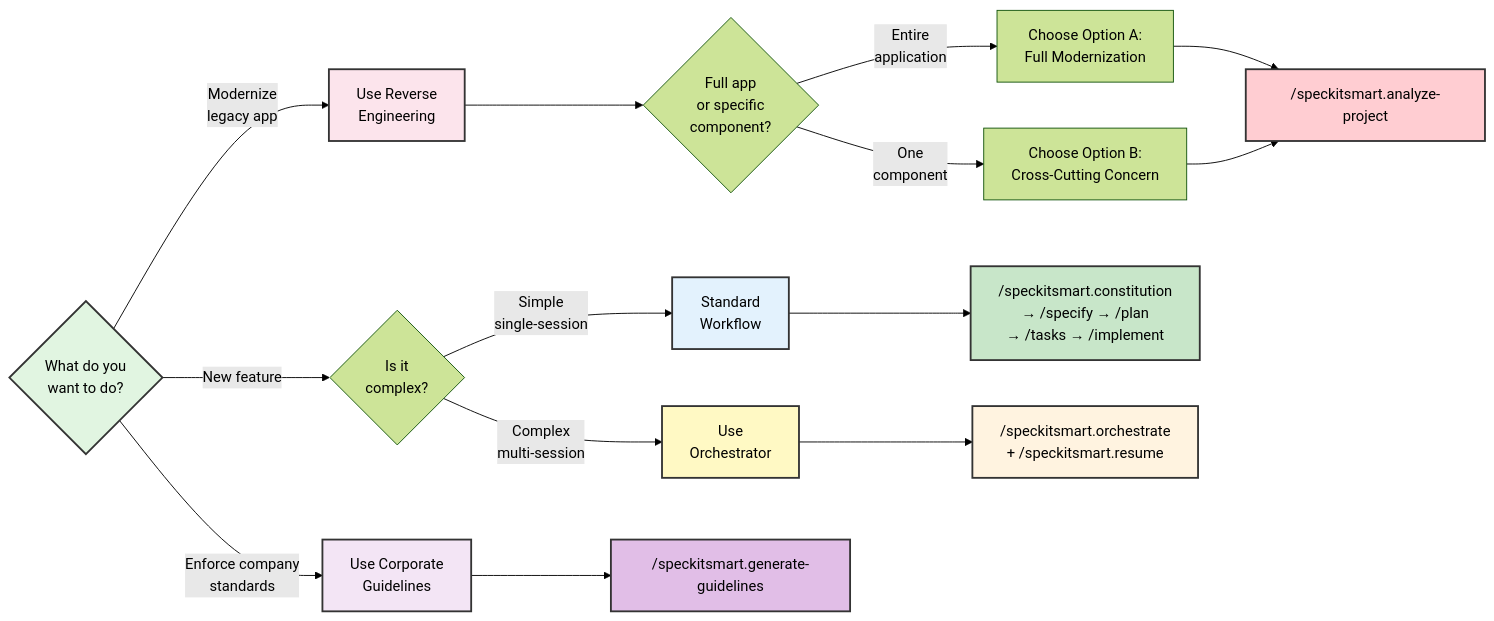
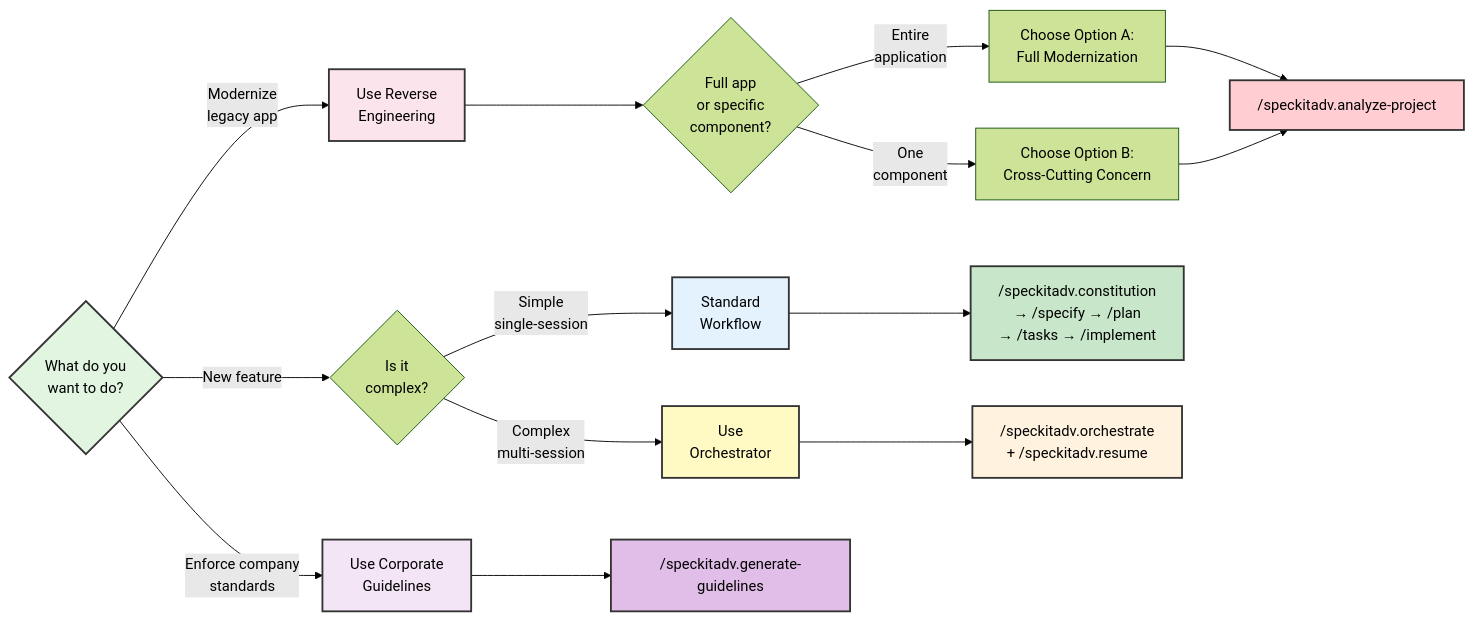
Before and after one commit to veerabhadra-ponna/spec-kit-smart: the first of 3 diagrams in README.md, drawn with Mermaid (forest theme). The commit also changed other lines of this file and 23 other files, not shown here.

First line of the commit message:
refactor: remove legacy speckitsmart CLI and consolidate to speckitadv

````diff
--- a/README.md
+++ b/README.md
@@ -183,29 +183,29 @@
 ```mermaid
 flowchart LR
     Start{What do you<br/>want to do?} -->|New feature| NewFeature{Is it<br/>complex?}
     Start -->|Modernize<br/>legacy app| Legacy[Use Reverse<br/>Engineering]
     Start -->|Enforce company<br/>standards| Guidelines[Use Corporate<br/>Guidelines]
 
     NewFeature -->|Simple<br/>single-session| Standard[Standard<br/>Workflow]
     NewFeature -->|Complex<br/>multi-session| Orchestrator[Use<br/>Orchestrator]
 
     Legacy --> FullOrTarget{Full app<br/>or specific<br/>component?}
     FullOrTarget -->|Entire<br/>application| FullMod[Choose Option A:<br/>Full Modernization]
     FullOrTarget -->|One<br/>component| ConcernMod[Choose Option B:<br/>Cross-Cutting Concern]
 
-    Standard --> StandardCmd["/speckitsmart.constitution<br/>→ /specify → /plan<br/>→ /tasks → /implement"]
-    Orchestrator --> OrchCmd["/speckitsmart.orchestrate<br/>+ /speckitsmart.resume"]
-    FullMod --> AnalyzeCmd["/speckitsmart.analyze-project"]
+    Standard --> StandardCmd["/speckitadv.constitution<br/>→ /specify → /plan<br/>→ /tasks → /implement"]
+    Orchestrator --> OrchCmd["/speckitadv.orchestrate<br/>+ /speckitadv.resume"]
+    FullMod --> AnalyzeCmd["/speckitadv.analyze-project"]
     ConcernMod --> AnalyzeCmd
-    Guidelines --> GuideCmd["/speckitsmart.generate-guidelines"]
+    Guidelines --> GuideCmd["/speckitadv.generate-guidelines"]
 
     style Start fill:#e1f5e1,stroke:#333,stroke-width:2px
     style Standard fill:#e3f2fd,stroke:#333,stroke-width:2px
     style Orchestrator fill:#fff9c4,stroke:#333,stroke-width:2px
     style Legacy fill:#fce4ec,stroke:#333,stroke-width:2px
     style Guidelines fill:#f3e5f5,stroke:#333,stroke-width:2px
     style StandardCmd fill:#c8e6c9,stroke:#333,stroke-width:2px
     style OrchCmd fill:#fff3e0,stroke:#333,stroke-width:2px
     style AnalyzeCmd fill:#ffcdd2,stroke:#333,stroke-width:2px
     style GuideCmd fill:#e1bee7,stroke:#333,stroke-width:2px
 ```
````
